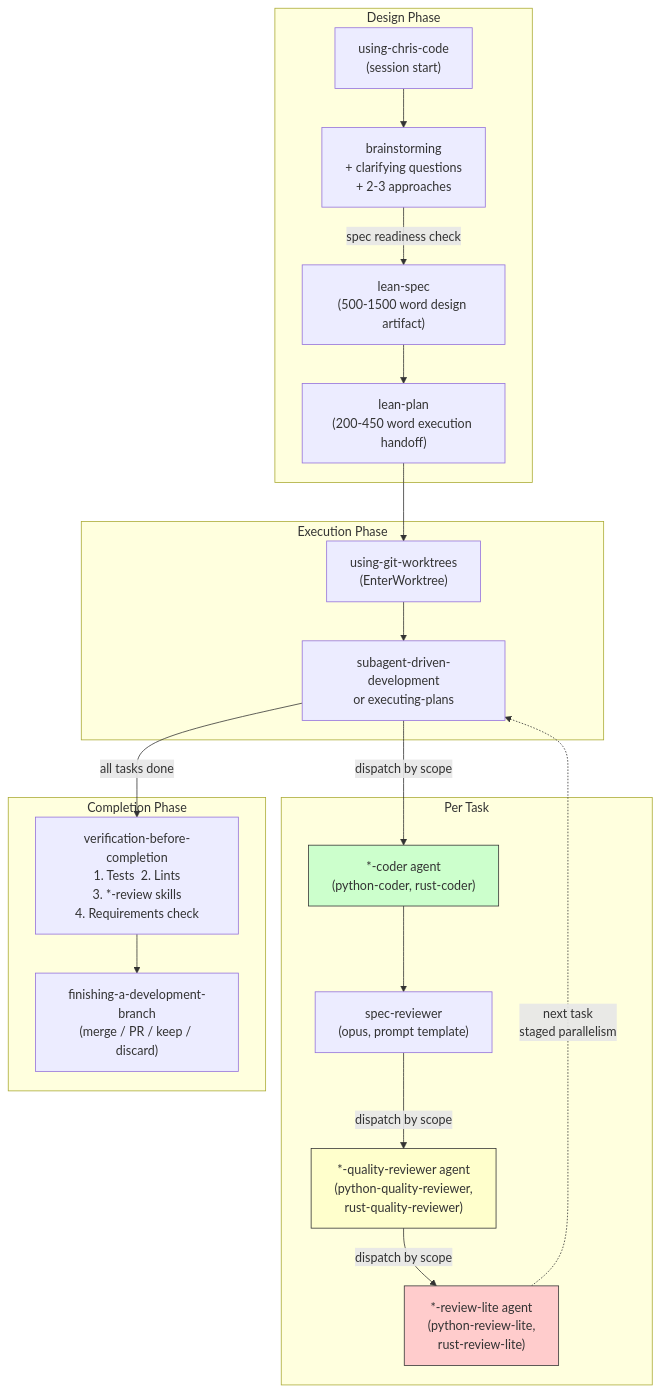
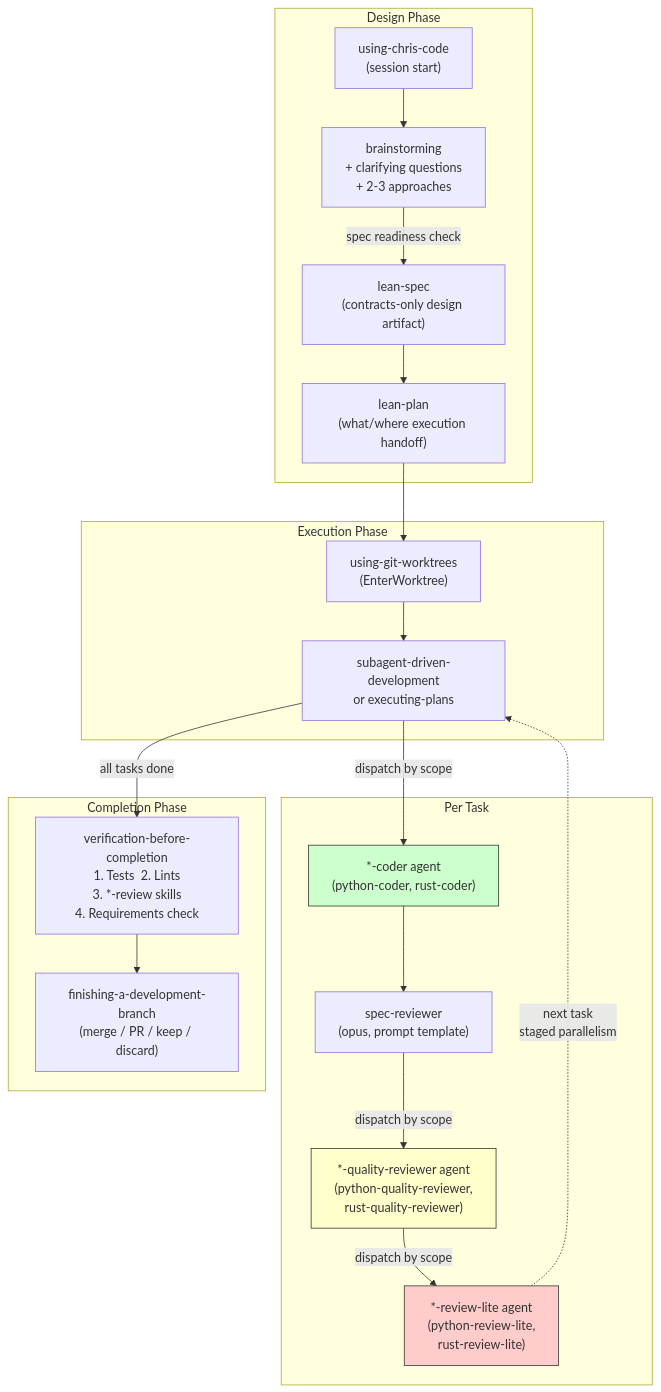
The diagram in chris-code/README.md (chris-santiago/claude-plugins), drawn with Mermaid before and after one commit. The commit also changed other lines of this file, not shown here.

Commit message:
Surface v6 execution mechanics in README; replace word budgets with efficiency framing

````diff
--- a/chris-code/README.md
+++ b/chris-code/README.md
@@ -132,43 +132,43 @@
 ```mermaid
 flowchart TB
     subgraph Design Phase
         using["using-chris-code<br/>(session start)"]
         brainstorm["brainstorming<br/>+ clarifying questions<br/>+ 2-3 approaches"]
-        spec["lean-spec<br/>(500-1500 word design artifact)"]
-        plan["lean-plan<br/>(200-450 word execution handoff)"]
+        spec["lean-spec<br/>(contracts-only design artifact)"]
+        plan["lean-plan<br/>(what/where execution handoff)"]
     end
 
     subgraph Execution Phase
         worktree["using-git-worktrees<br/>(EnterWorktree)"]
         execute["subagent-driven-development<br/>or executing-plans"]
     end
 
     subgraph Per Task
         coder["*-coder agent<br/>(python-coder, rust-coder)"]:::agent
         spec_review["spec-reviewer<br/>(opus, prompt template)"]
         quality["*-quality-reviewer agent<br/>(python-quality-reviewer,<br/>rust-quality-reviewer)"]:::reviewer
         commit_gate["*-review-lite agent<br/>(python-review-lite,<br/>rust-review-lite)"]:::gate
     end
 
     subgraph Completion Phase
         verify["verification-before-completion<br/>1. Tests  2. Lints<br/>3. *-review skills<br/>4. Requirements check"]
         finish["finishing-a-development-branch<br/>(merge / PR / keep / discard)"]
     end
 
     using --> brainstorm
     brainstorm -->|spec readiness check| spec
     spec --> plan
     plan --> worktree
     worktree --> execute
     execute -->|dispatch by scope| coder
     coder --> spec_review
     spec_review -->|dispatch by scope| quality
     quality -->|dispatch by scope| commit_gate
     commit_gate -.->|next task<br/>staged parallelism| execute
     execute -->|all tasks done| verify
     verify --> finish
 
     classDef agent fill:#ccffcc,stroke:#333
     classDef reviewer fill:#ffffcc,stroke:#333
     classDef gate fill:#ffcccc,stroke:#333
 ```
````
